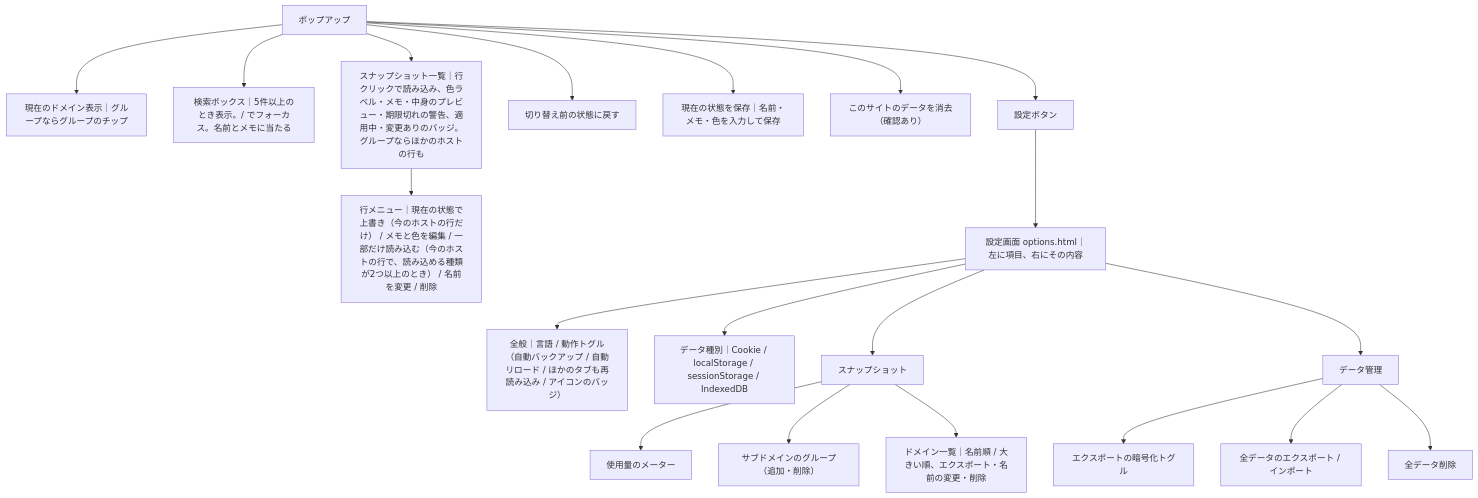
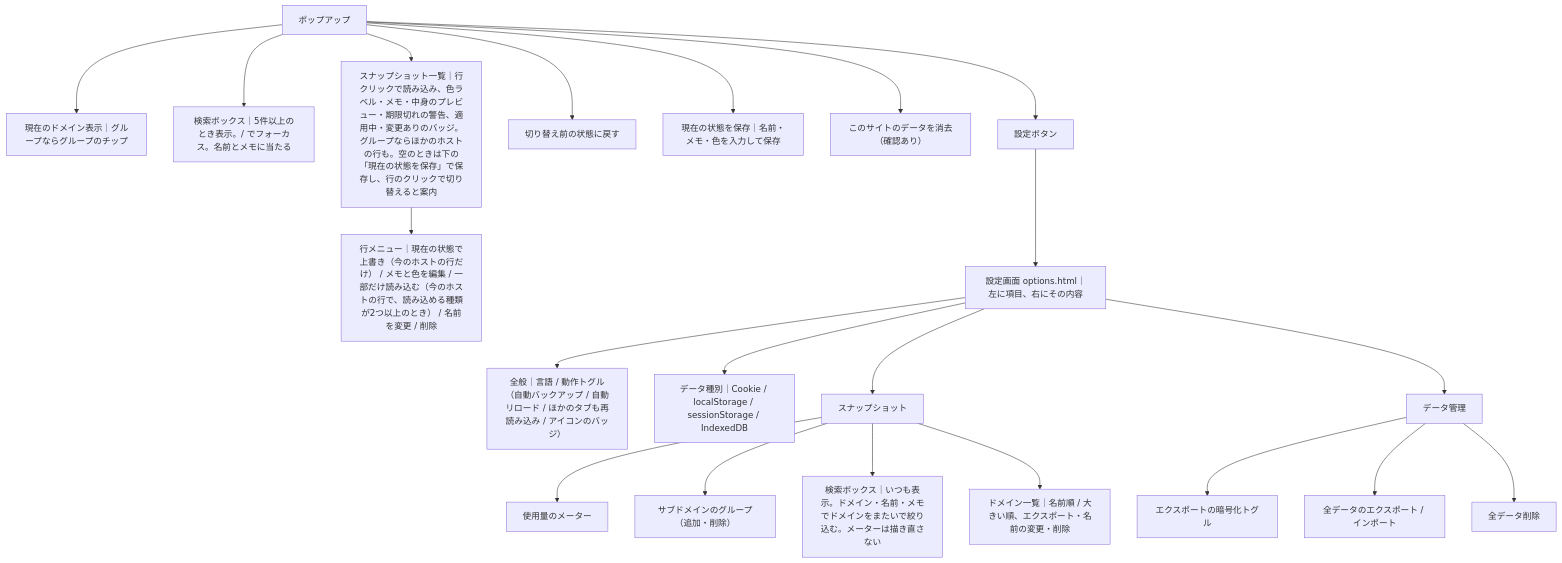
Before and after one commit to istb16/switch-browser-data-extension: the first of 2 diagrams in CLAUDE.md, drawn with Mermaid. The commit also changed other lines of this file and 19 other files, not shown here.

````diff
--- a/CLAUDE.md
+++ b/CLAUDE.md
@@ -98,24 +118,25 @@
 ```mermaid
 graph TD
   popup["ポップアップ"]
   popup --> domain["現在のドメイン表示｜グループならグループのチップ"]
   popup --> search["検索ボックス｜5件以上のとき表示。/ でフォーカス。名前とメモに当たる"]
-  popup --> list["スナップショット一覧｜行クリックで読み込み、色ラベル・メモ・中身のプレビュー・期限切れの警告、適用中・変更ありのバッジ。グループならほかのホストの行も"]
+  popup --> list["スナップショット一覧｜行クリックで読み込み、色ラベル・メモ・中身のプレビュー・期限切れの警告、適用中・変更ありのバッジ。グループならほかのホストの行も。空のときは下の「現在の状態を保存」で保存し、行のクリックで切り替えると案内"]
   list --> row_menu["行メニュー｜現在の状態で上書き（今のホストの行だけ） / メモと色を編集 / 一部だけ読み込む（今のホストの行で、読み込める種類が2つ以上のとき） / 名前を変更 / 削除"]
   popup --> undo["切り替え前の状態に戻す"]
   popup --> save["現在の状態を保存｜名前・メモ・色を入力して保存"]
   popup --> clear_site["このサイトのデータを消去（確認あり）"]
   popup --> settings_btn["設定ボタン"]
   settings_btn --> options["設定画面 options.html｜左に項目、右にその内容"]
 
   options --> general["全般｜言語 / 動作トグル（自動バックアップ / 自動リロード / ほかのタブも再読み込み / アイコンのバッジ）"]
   options --> toggles["データ種別｜Cookie / localStorage / sessionStorage / IndexedDB"]
   options --> snapshots_pane["スナップショット"]
   snapshots_pane --> meter["使用量のメーター"]
   snapshots_pane --> groups["サブドメインのグループ（追加・削除）"]
+  snapshots_pane --> snapshot_search["検索ボックス｜いつも表示。ドメイン・名前・メモでドメインをまたいで絞り込む。メーターは描き直さない"]
   snapshots_pane --> domain_list["ドメイン一覧｜名前順 / 大きい順、エクスポート・名前の変更・削除"]
   options --> data_pane["データ管理"]
   data_pane --> encrypt["エクスポートの暗号化トグル"]
   data_pane --> export_import["全データのエクスポート / インポート"]
   data_pane --> clear["全データ削除"]
 ```
````
